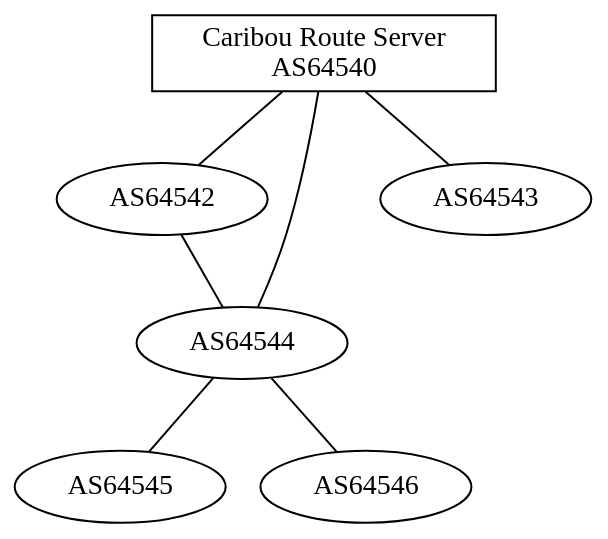
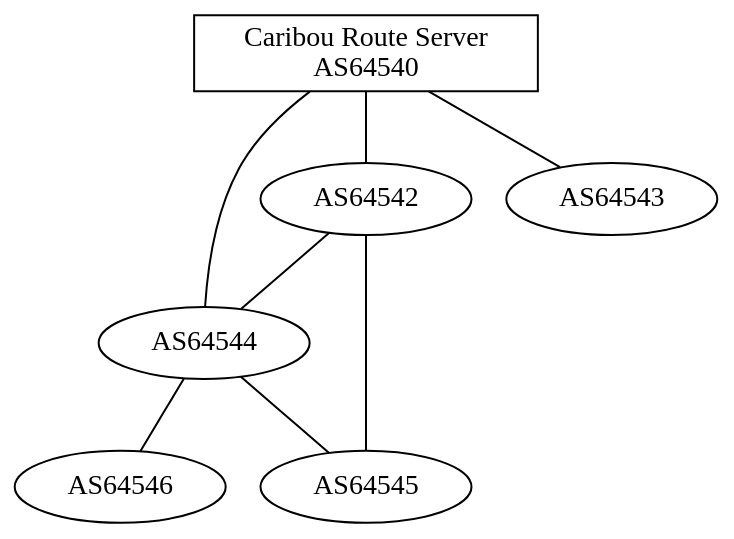
The diagram in as-graph.dot (GLaNET/resources), drawn with Graphviz before and after one commit.

Commit message:
Peering AS64542 - AS64545

```diff
--- a/as-graph.dot
+++ b/as-graph.dot
@@ -1,15 +1,16 @@
 graph GLaNET
 {
         edge [len=2];
         graph [bgcolor=transparent]
 
         AS64540 [shape=box];
         AS64540 [label="Caribou Route Server\nAS64540"];
         AS64540 -- AS64542;
         AS64540 -- AS64544;
         AS64540 -- AS64543;
 
         AS64542 -- AS64544; // [label="1"];
+        AS64542 -- AS64545;
         AS64544 -- AS64545;
         AS64544 -- AS64546;
 }
```
